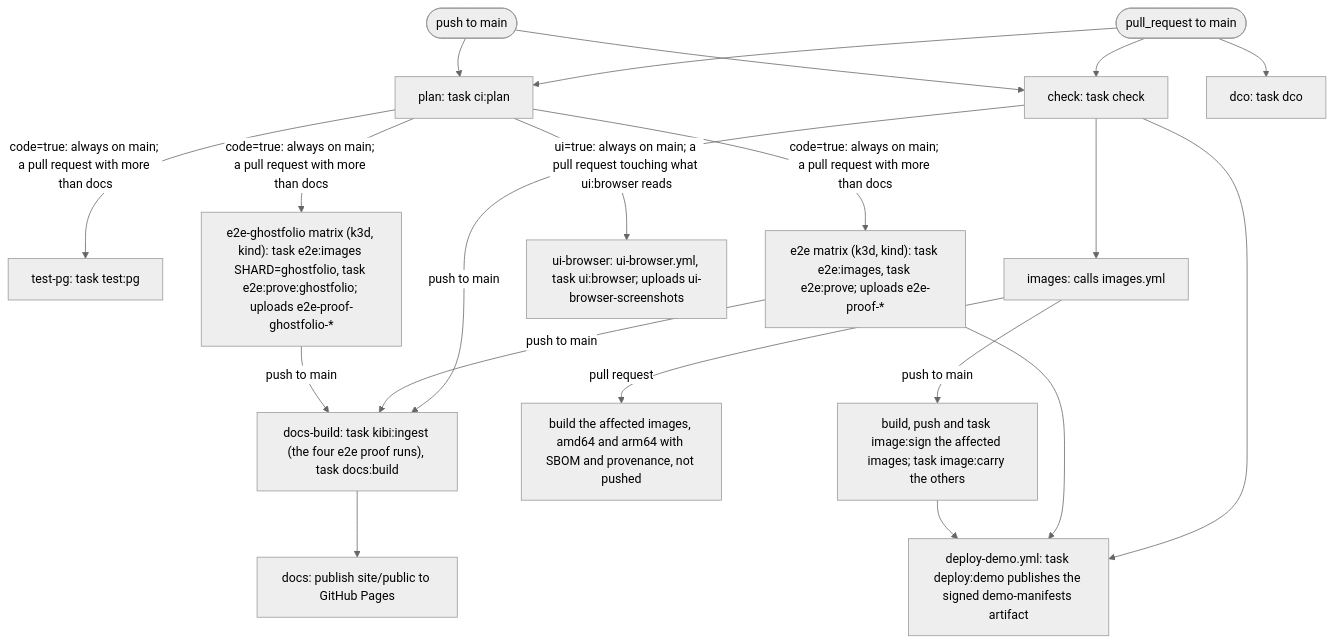
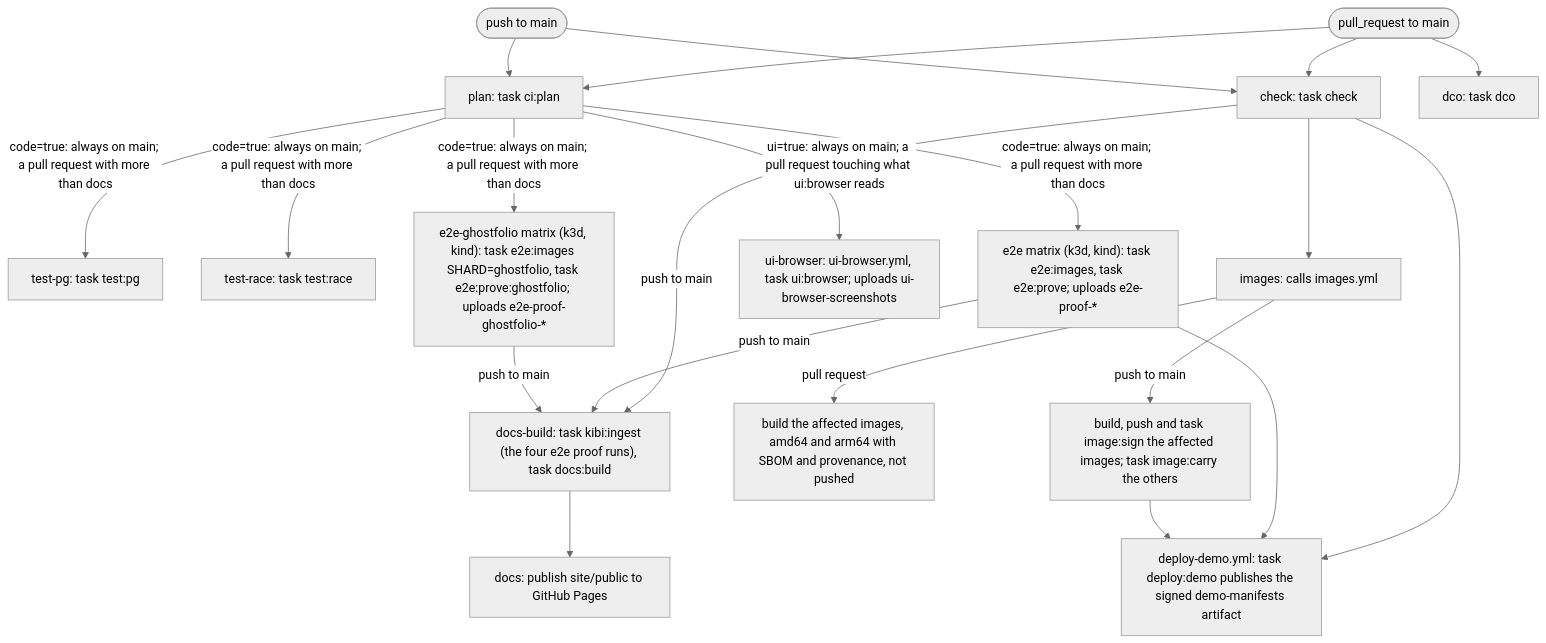
Before and after one commit to arkadiuss/openfief: the third of 5 diagrams in docs/dev/pipeline.md, drawn with Mermaid (neutral theme). The commit also changed other lines of this file and 4 other files, not shown here.

````diff
--- a/docs/dev/pipeline.md
+++ b/docs/dev/pipeline.md
@@ -238,20 +239,21 @@
 ```mermaid
 flowchart TD
   pr(["pull_request to main"])
   push(["push to main"])
   pr --> plan & check & dco
   push --> plan & check
-  plan["plan: task ci:plan"] -->|"code=true: always on main; a pull request with more than docs"| testpg & e2e & e2egf
+  plan["plan: task ci:plan"] -->|"code=true: always on main; a pull request with more than docs"| testpg & testrace & e2e & e2egf
   plan -->|"ui=true: always on main; a pull request touching what ui:browser reads"| uibrowser
   check["check: task check"] --> images["images: calls images.yml"]
   check & e2e & e2egf -->|"push to main"| docsbuild["docs-build: task kibi:ingest (the four e2e proof runs), task docs:build"]
   docsbuild --> docsjob["docs: publish site/public to GitHub Pages"]
   testpg["test-pg: task test:pg"]
+  testrace["test-race: task test:race"]
   uibrowser["ui-browser: ui-browser.yml, task ui:browser; uploads ui-browser-screenshots"]
   dco["dco: task dco"]
   e2e["e2e matrix (k3d, kind): task e2e:images, task e2e:prove; uploads e2e-proof-*"]
   e2egf["e2e-ghostfolio matrix (k3d, kind): task e2e:images SHARD=ghostfolio, task e2e:prove:ghostfolio; uploads e2e-proof-ghostfolio-*"]
   images -->|"pull request"| build["build the affected images, amd64 and arm64 with SBOM and provenance, not pushed"]
   images -->|"push to main"| pub["build, push and task image:sign the affected images; task image:carry the others"]
   check & e2e & pub --> demo["deploy-demo.yml: task deploy:demo publishes the signed demo-manifests artifact"]
 ```
````
